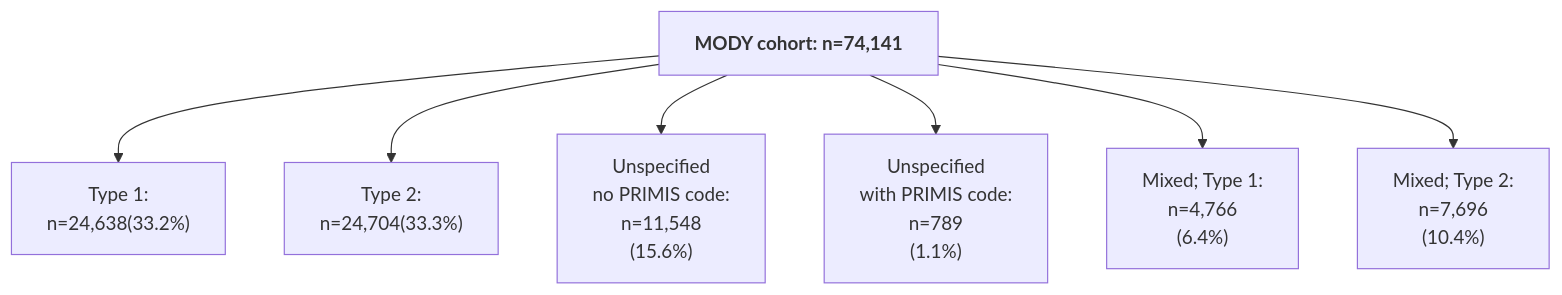
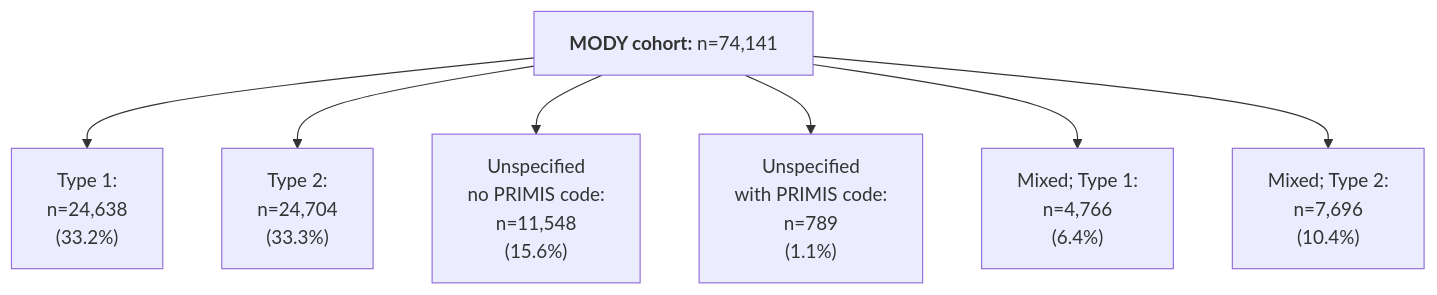
The third of 3 diagrams in README.md (Exeter-Diabetes/CPRD-Katie-DePICtion-Scripts), drawn with Mermaid before and after one commit. The commit also changed other lines of this file, not shown here.

````diff
--- a/README.md
+++ b/README.md
@@ -90,9 +90,9 @@
 ```mermaid
 graph TD;
-    G["<b>MODY cohort:<b> n=74,141"] --> H["Type 1:<br>n=24,638(33.2%)"]
-    G --> I["Type 2:<br>n=24,704(33.3%)"]
+    G["<b>MODY cohort:</b> n=74,141"] --> H["Type 1:<br>n=24,638<br>(33.2%)"]
+    G --> I["Type 2:<br>n=24,704<br>(33.3%)"]
     G --> J["Unspecified<br>no PRIMIS code:<br>n=11,548<br>(15.6%)"]
     G --> K["Unspecified<br>with PRIMIS code: <br>n=789<br>(1.1%)"]
     G --> L["Mixed; Type 1:<br>n=4,766<br>(6.4%)"]
     G --> M["Mixed; Type 2:<br>n=7,696<br>(10.4%)"]
 ```
````
